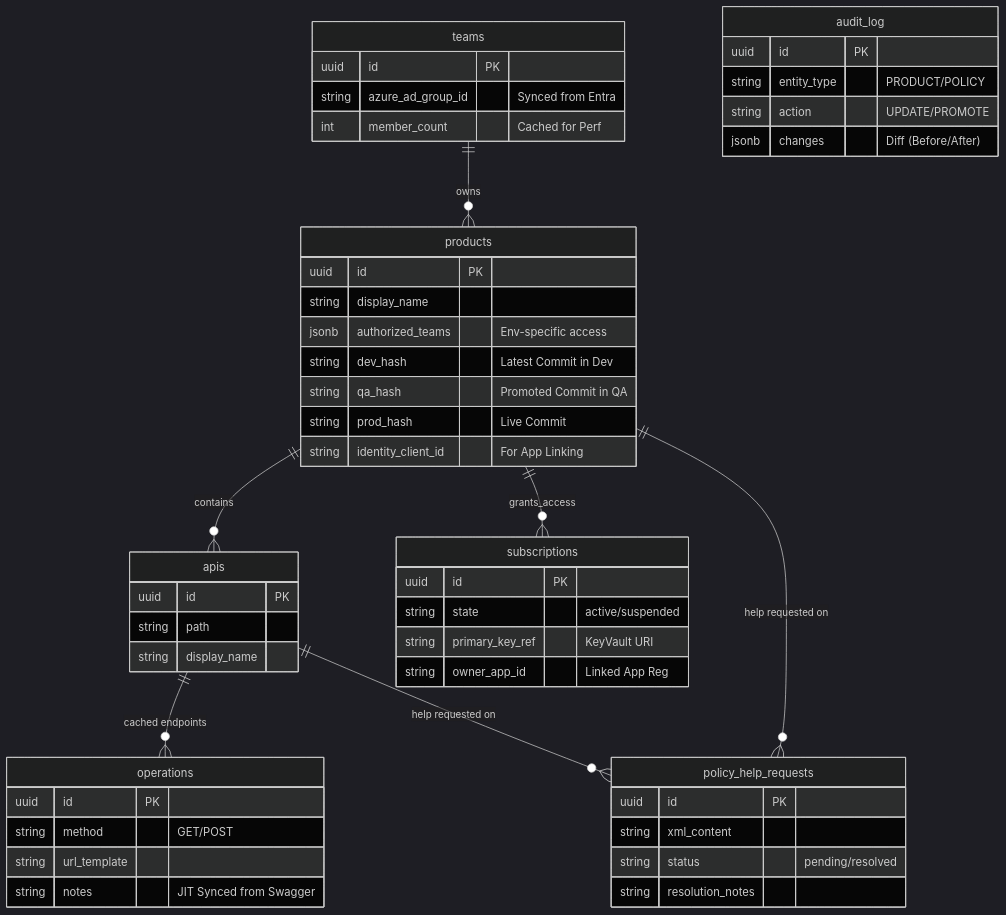
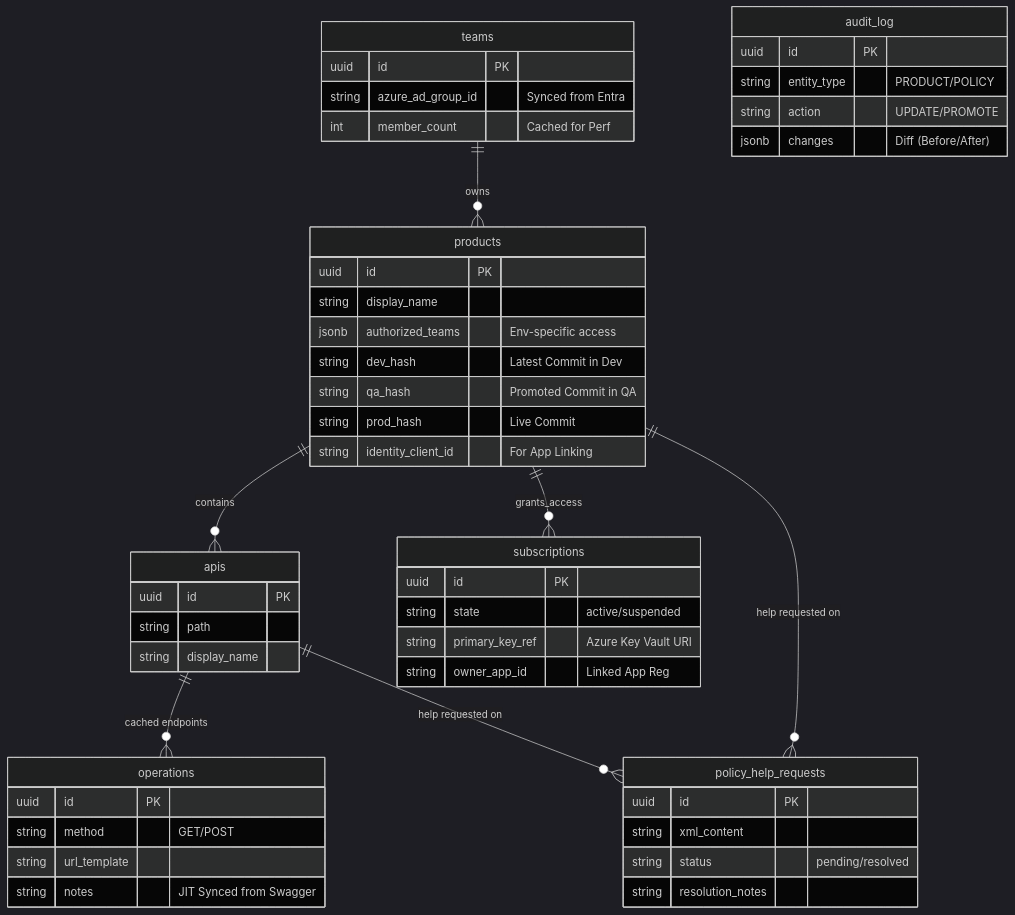
Before and after one commit to alagusundarams/swagger-scorer: the first of 3 diagrams in docs/architecture_overview.md, drawn with Mermaid (dark theme). The commit also changed other lines of this file and 9 other files, not shown here.

Commit message:
docs: explicit Azure Key Vault naming & fix frontend module fetch errors

````diff
--- a/docs/architecture_overview.md
+++ b/docs/architecture_overview.md
@@ -11,60 +11,60 @@
 ```mermaid
 erDiagram
     teams ||--o{ products : owns
     products ||--o{ apis : contains
     products ||--o{ subscriptions : grants_access
     products ||--o{ policy_help_requests : "help requested on"
     
     apis ||--o{ operations : "cached endpoints"
     apis ||--o{ policy_help_requests : "help requested on"
 
     teams {
         uuid id PK
         string azure_ad_group_id "Synced from Entra"
         int member_count "Cached for Perf"
     }
 
     products {
         uuid id PK
         string display_name
         jsonb authorized_teams "Env-specific access"
         string dev_hash "Latest Commit in Dev"
         string qa_hash "Promoted Commit in QA"
         string prod_hash "Live Commit"
         string identity_client_id "For App Linking"
     }
 
     apis {
         uuid id PK
         string path
         string display_name
     }
 
     operations {
         uuid id PK
         string method "GET/POST"
         string url_template
         string notes "JIT Synced from Swagger"
     }
 
     subscriptions {
         uuid id PK
         string state "active/suspended"
-        string primary_key_ref "KeyVault URI"
+        string primary_key_ref "Azure Key Vault URI"
         string owner_app_id "Linked App Reg"
     }
 
     policy_help_requests {
         uuid id PK
         string xml_content
         string status "pending/resolved"
         string resolution_notes
     }
 
     audit_log {
         uuid id PK
         string entity_type "PRODUCT/POLICY"
         string action "UPDATE/PROMOTE"
         jsonb changes "Diff (Before/After)"
     }
 ```
````
